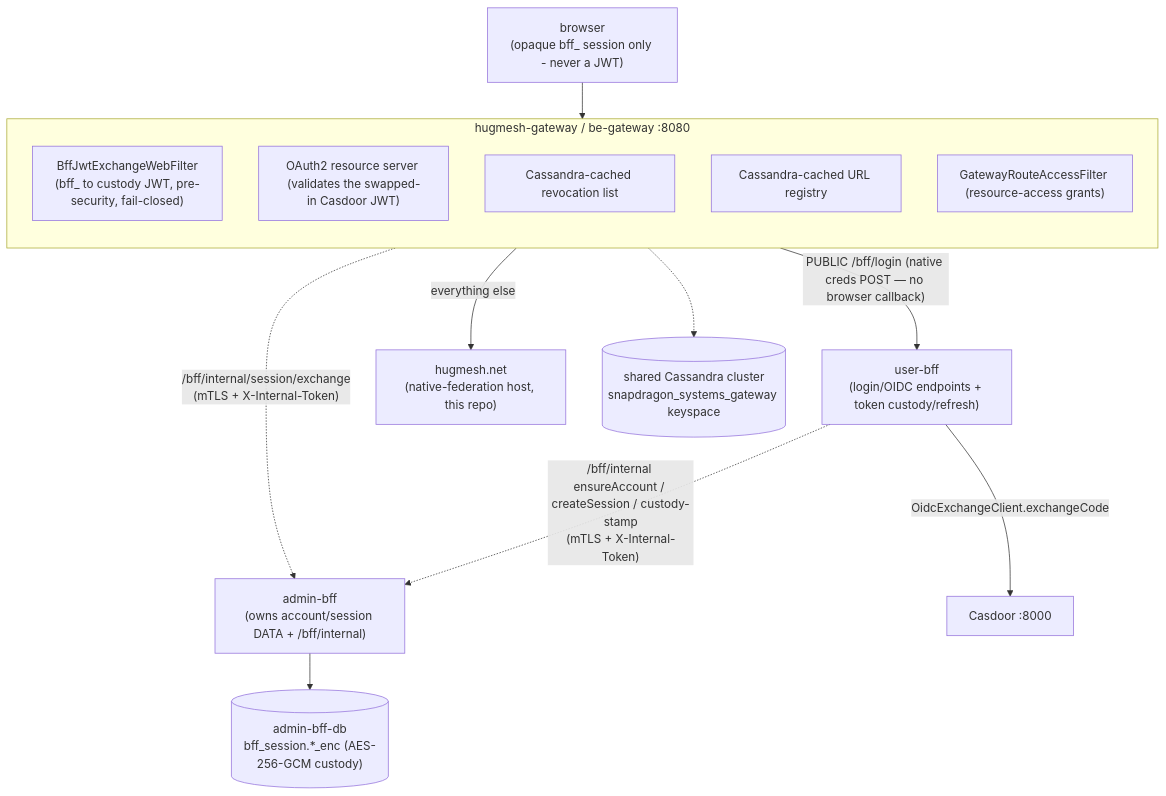
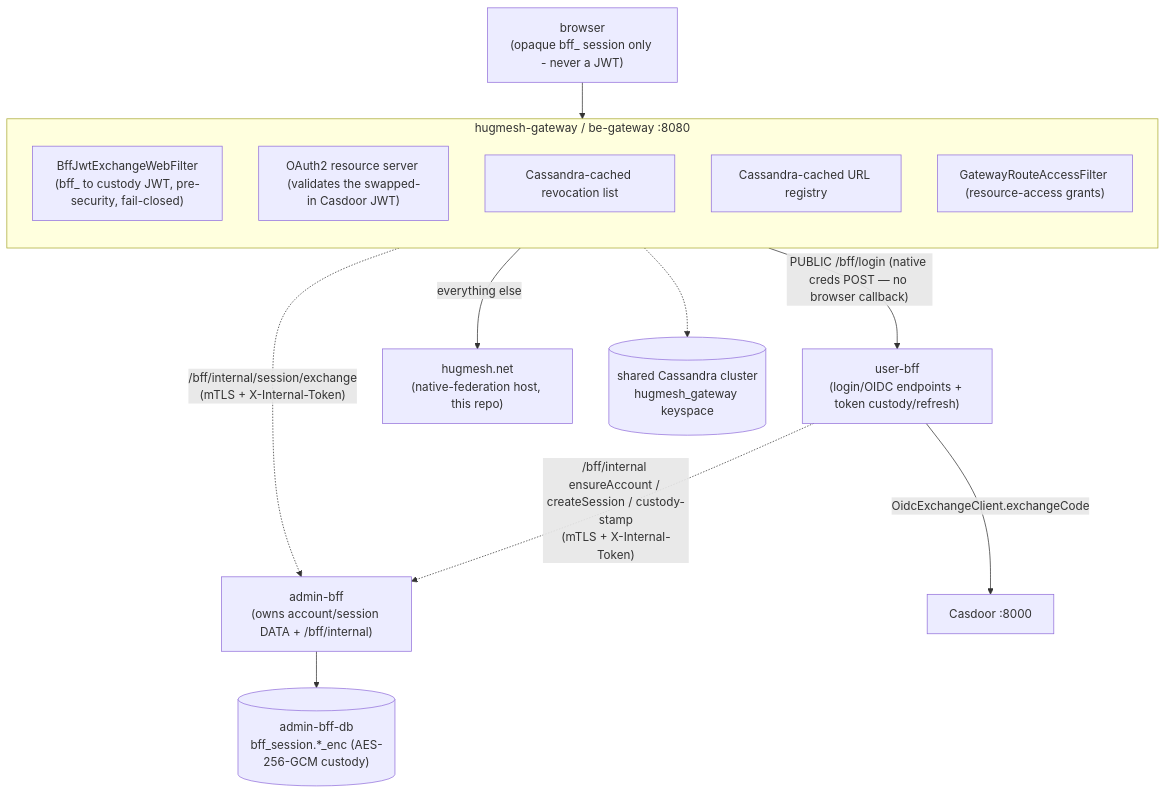
One commit to hugmesh/hugmesh-host-shell changed the first of 2 diagrams in docs/platform-topology.md. Above: the diagram before and after it, drawn with Mermaid. The commit also changed other lines of this file and 6 other files, not shown here.

First line of the commit message:
chore: rename remaining snapdragon references to hugmesh

````diff
--- a/docs/platform-topology.md
+++ b/docs/platform-topology.md
@@ -24,21 +24,21 @@
 ```mermaid
 flowchart TB
   browser["browser<br/>(opaque bff_ session only - never a JWT)"]
   browser --> gw
   subgraph gw["hugmesh-gateway / be-gateway :8080"]
     direction TB
     g1["BffJwtExchangeWebFilter<br/>(bff_ to custody JWT, pre-security, fail-closed)"]
     g2["OAuth2 resource server (validates the swapped-in Casdoor JWT)"]
     g3["Cassandra-cached revocation list"]
     g4["Cassandra-cached URL registry"]
     g5["GatewayRouteAccessFilter (resource-access grants)"]
   end
   g1 -.->|"/bff/internal/session/exchange<br/>(mTLS + X-Internal-Token)"| abff
   gw -->|"PUBLIC /bff/login (native creds POST — no browser callback)"| ubff["user-bff<br/>(login/OIDC endpoints + token custody/refresh)"]
   gw -->|"everything else"| host["hugmesh.net<br/>(native-federation host, this repo)"]
   ubff -->|"OidcExchangeClient.exchangeCode"| casdoor["Casdoor :8000"]
   ubff -.->|"/bff/internal ensureAccount / createSession / custody-stamp<br/>(mTLS + X-Internal-Token)"| abff["admin-bff<br/>(owns account/session DATA + /bff/internal)"]
   abff --> abffdb[("admin-bff-db<br/>bff_session.*_enc (AES-256-GCM custody)")]
-  cass[("shared Cassandra cluster<br/>snapdragon_systems_gateway keyspace")]
+  cass[("shared Cassandra cluster<br/>hugmesh_gateway keyspace")]
   gw -.-> cass
 ```
````
